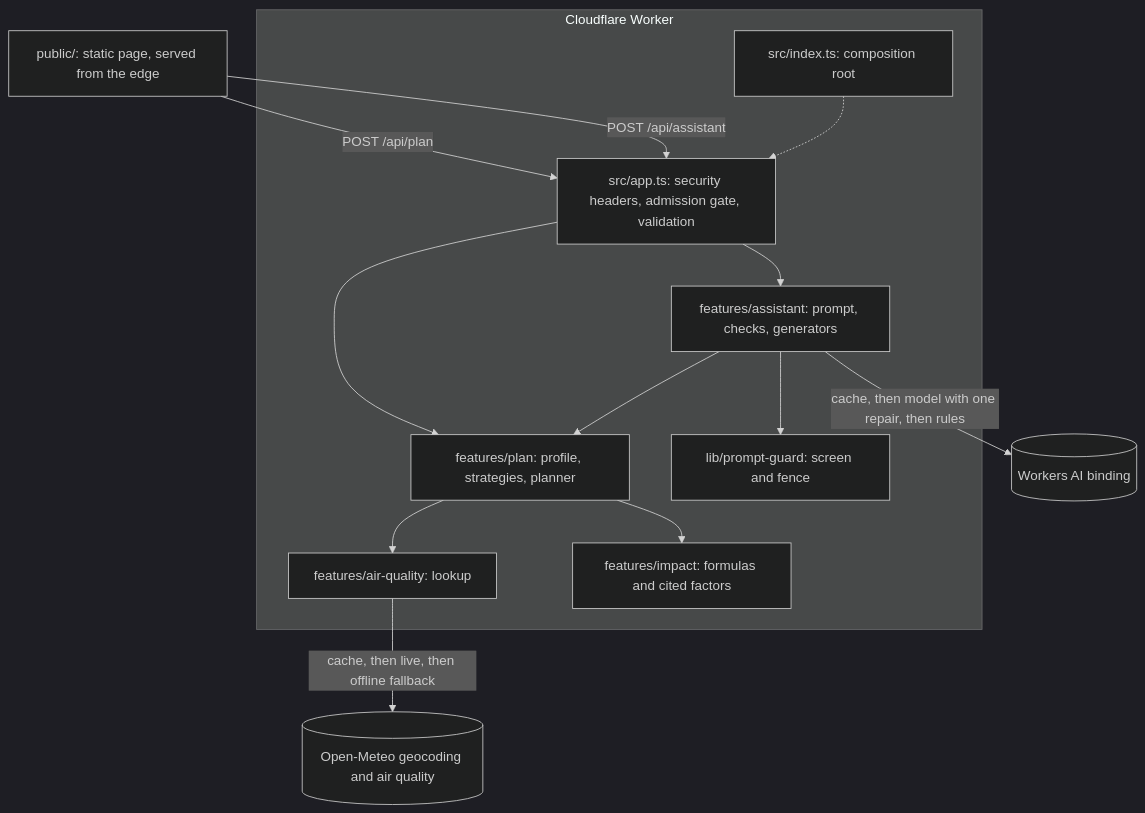
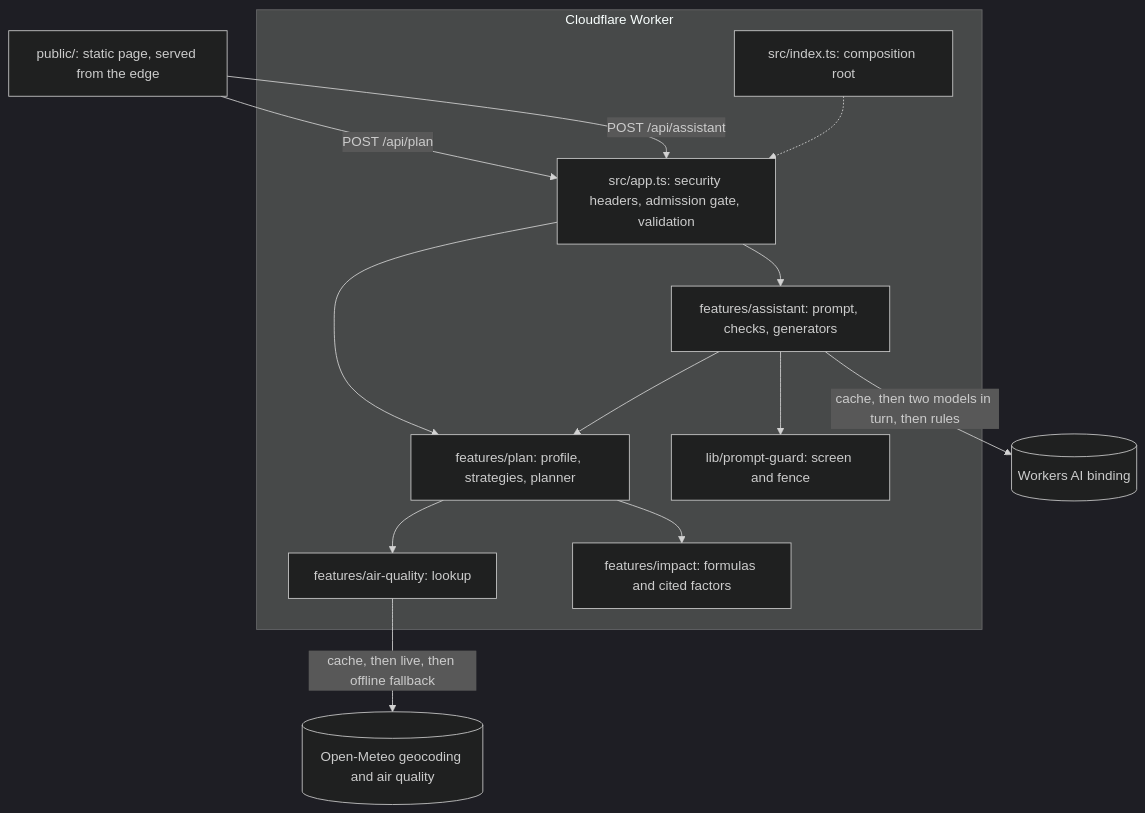
Before and after one commit to uditjainstjis/saaf-saans: the diagram in README.md, drawn with Mermaid (dark theme). The commit also changed other lines of this file and 8 other files, not shown here.

Commit message:
Docs follow the two-model assistant: measured latency on Cloudflare, the new checks, the jump navigation and named disclosures, current counts and sizes

````diff
--- a/README.md
+++ b/README.md
@@ -134,18 +135,18 @@
 ```mermaid
 flowchart TD
   Page["public/: static page, served from the edge"]
   Page -->|"POST /api/plan"| App
   Page -->|"POST /api/assistant"| App
   subgraph Worker["Cloudflare Worker"]
     Root["src/index.ts: composition root"] -.-> App
     App["src/app.ts: security headers, admission gate, validation"]
     App --> Plan["features/plan: profile, strategies, planner"]
     App --> Assistant["features/assistant: prompt, checks, generators"]
     Assistant --> Plan
     Assistant --> Guard["lib/prompt-guard: screen and fence"]
     Plan --> Air["features/air-quality: lookup"]
     Plan --> Impact["features/impact: formulas and cited factors"]
   end
   Air -->|"cache, then live, then offline fallback"| OpenMeteo[("Open-Meteo geocoding and air quality")]
-  Assistant -->|"cache, then model with one repair, then rules"| WorkersAI[("Workers AI binding")]
+  Assistant -->|"cache, then two models in turn, then rules"| WorkersAI[("Workers AI binding")]
 ```
````
